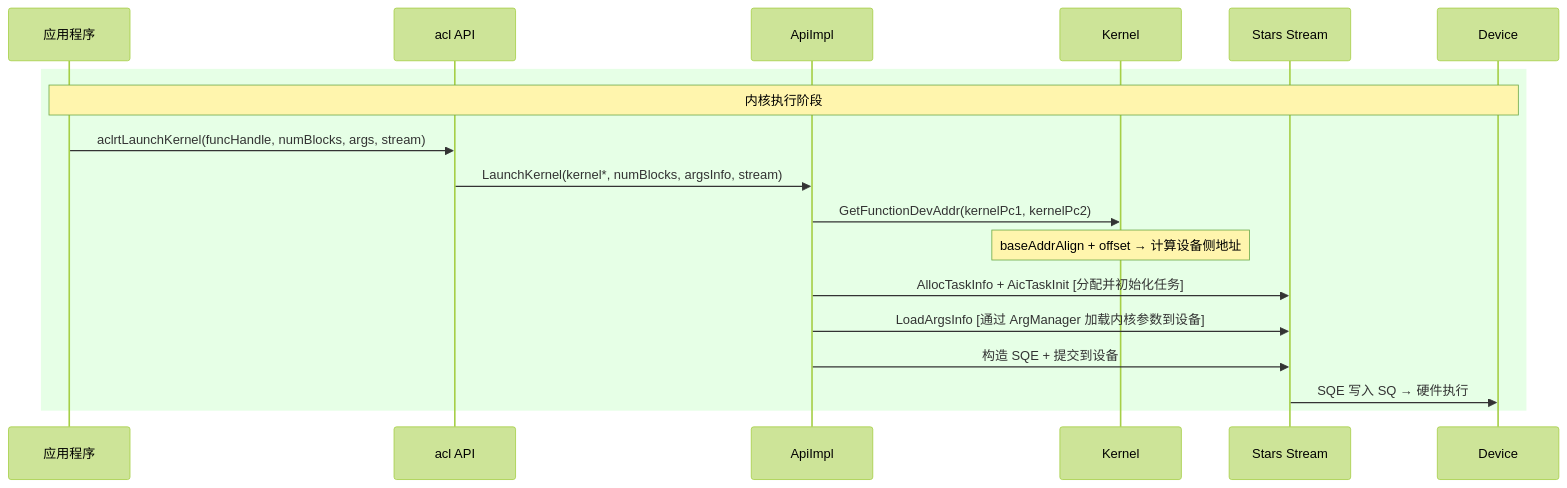
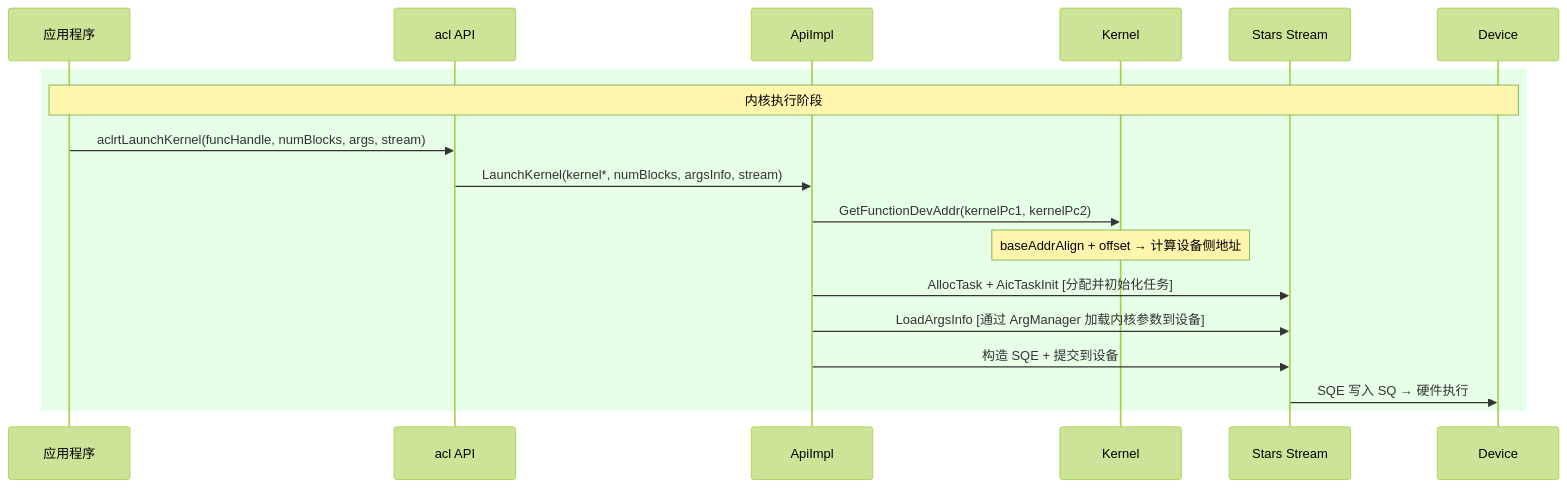
Before and after one commit to hicann/runtime: the third of 9 diagrams in docs/zh/design/modules/kernel/kernel.md, drawn with Mermaid (forest theme). The commit also changed other lines of this file and 6 other files, not shown here.

````diff
--- a/docs/zh/design/modules/kernel/kernel.md
+++ b/docs/zh/design/modules/kernel/kernel.md
@@ -146,21 +146,21 @@
 ```mermaid
 sequenceDiagram
     participant App as 应用程序
     participant acl as acl API
     participant Api as ApiImpl
     participant Kernel as Kernel
     participant Stream as Stars Stream
     participant Device as Device
 
     rect rgb(230,255,230)
         Note over App,Device: 内核执行阶段
         App->>acl: aclrtLaunchKernel(funcHandle, numBlocks, args, stream)
         acl->>Api: LaunchKernel(kernel*, numBlocks, argsInfo, stream)
         Api->>Kernel: GetFunctionDevAddr(kernelPc1, kernelPc2)
         Note over Kernel: baseAddrAlign + offset → 计算设备侧地址
-        Api->>Stream: AllocTaskInfo + AicTaskInit [分配并初始化任务]
+        Api->>Stream: AllocTask + AicTaskInit [分配并初始化任务]
         Api->>Stream: LoadArgsInfo [通过 ArgManager 加载内核参数到设备]
         Api->>Stream: 构造 SQE + 提交到设备
         Stream->>Device: SQE 写入 SQ → 硬件执行
     end
 ```
````
